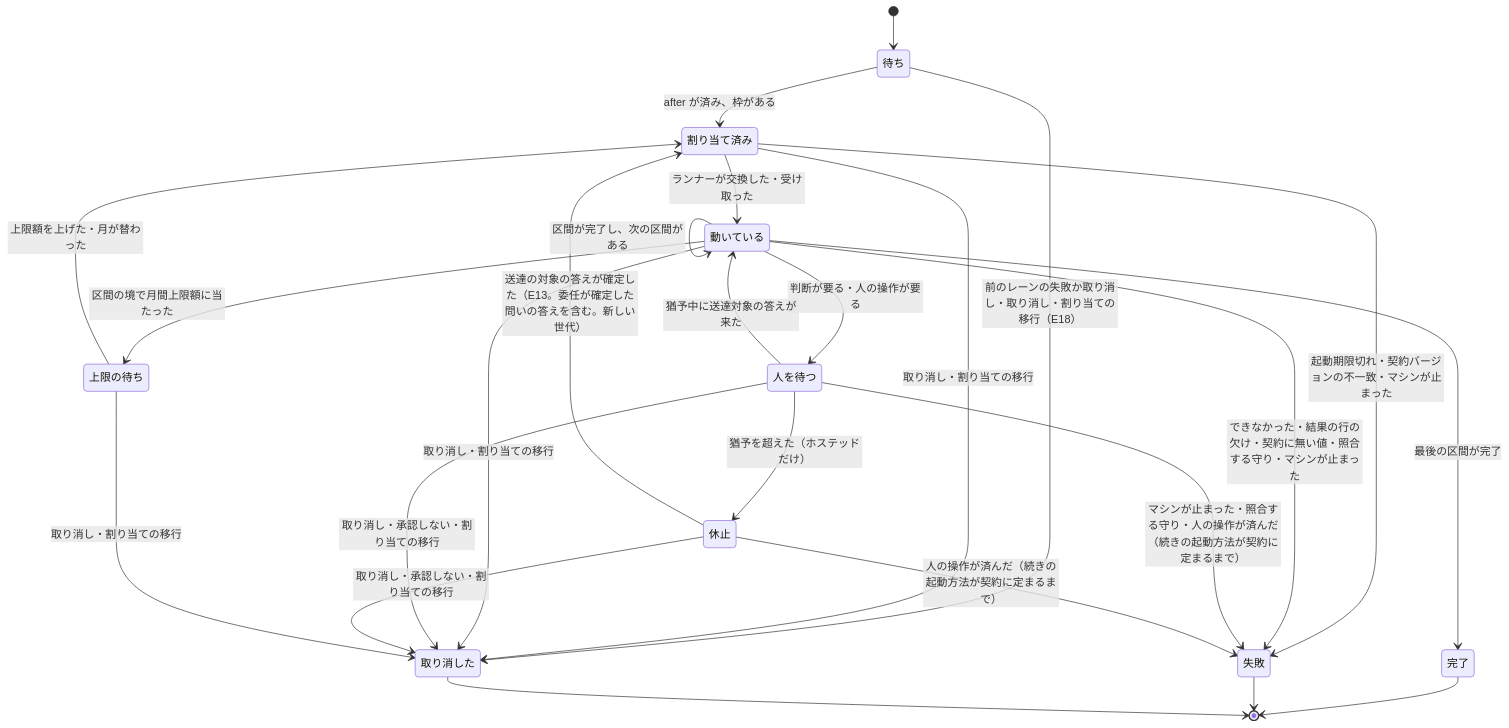
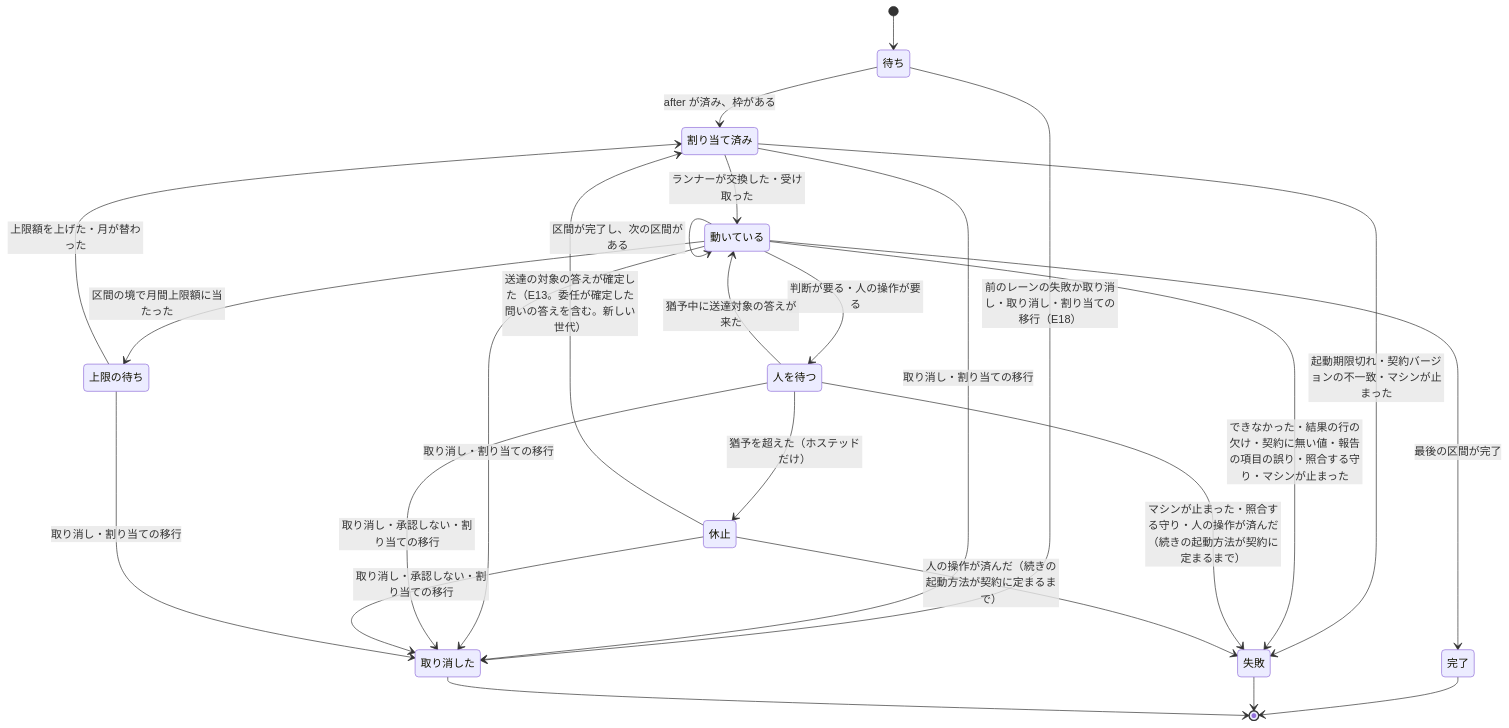
One commit to devbasex/nd-factory changed the fourth of 10 diagrams in docs/design/execution.md. Above: the diagram before and after it, drawn with Mermaid. The commit also changed other lines of this file and 1 other file, not shown here.

````diff
--- a/docs/design/execution.md
+++ b/docs/design/execution.md
@@ -120,27 +120,27 @@
 ```mermaid
 stateDiagram-v2
     [*] --> 待ち
     待ち --> 割り当て済み: after が済み、枠がある
     待ち --> 取り消した: 前のレーンの失敗か取り消し・取り消し・割り当ての移行（E18）
     割り当て済み --> 動いている: ランナーが交換した・受け取った
     割り当て済み --> 失敗: 起動期限切れ・契約バージョンの不一致・マシンが止まった
     割り当て済み --> 取り消した: 取り消し・割り当ての移行
     動いている --> 動いている: 区間が完了し、次の区間がある
     動いている --> 人を待つ: 判断が要る・人の操作が要る
     人を待つ --> 動いている: 猶予中に送達対象の答えが来た
     人を待つ --> 休止: 猶予を超えた（ホステッドだけ）
     休止 --> 割り当て済み: 送達の対象の答えが確定した（E13。委任が確定した問いの答えを含む。新しい世代）
     動いている --> 上限の待ち: 区間の境で月間上限額に当たった
     上限の待ち --> 割り当て済み: 上限額を上げた・月が替わった
     動いている --> 完了: 最後の区間が完了
-    動いている --> 失敗: できなかった・結果の行の欠け・契約に無い値・照合する守り・マシンが止まった
+    動いている --> 失敗: できなかった・結果の行の欠け・契約に無い値・報告の項目の誤り・照合する守り・マシンが止まった
     人を待つ --> 失敗: マシンが止まった・照合する守り・人の操作が済んだ（続きの起動方法が契約に定まるまで）
     休止 --> 失敗: 人の操作が済んだ（続きの起動方法が契約に定まるまで）
     動いている --> 取り消した: 取り消し・割り当ての移行
     人を待つ --> 取り消した: 取り消し・承認しない・割り当ての移行
     休止 --> 取り消した: 取り消し・承認しない・割り当ての移行
     上限の待ち --> 取り消した: 取り消し・割り当ての移行
     完了 --> [*]
     失敗 --> [*]
     取り消した --> [*]
 ```
````
